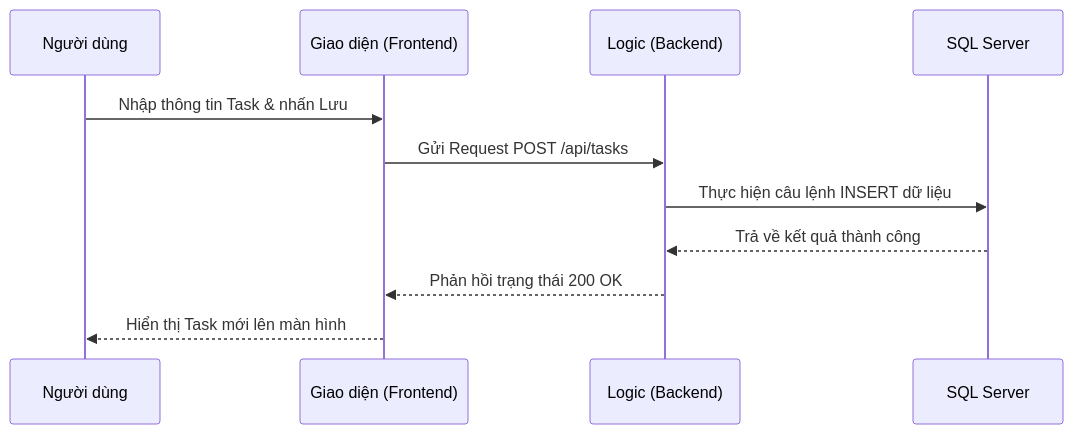
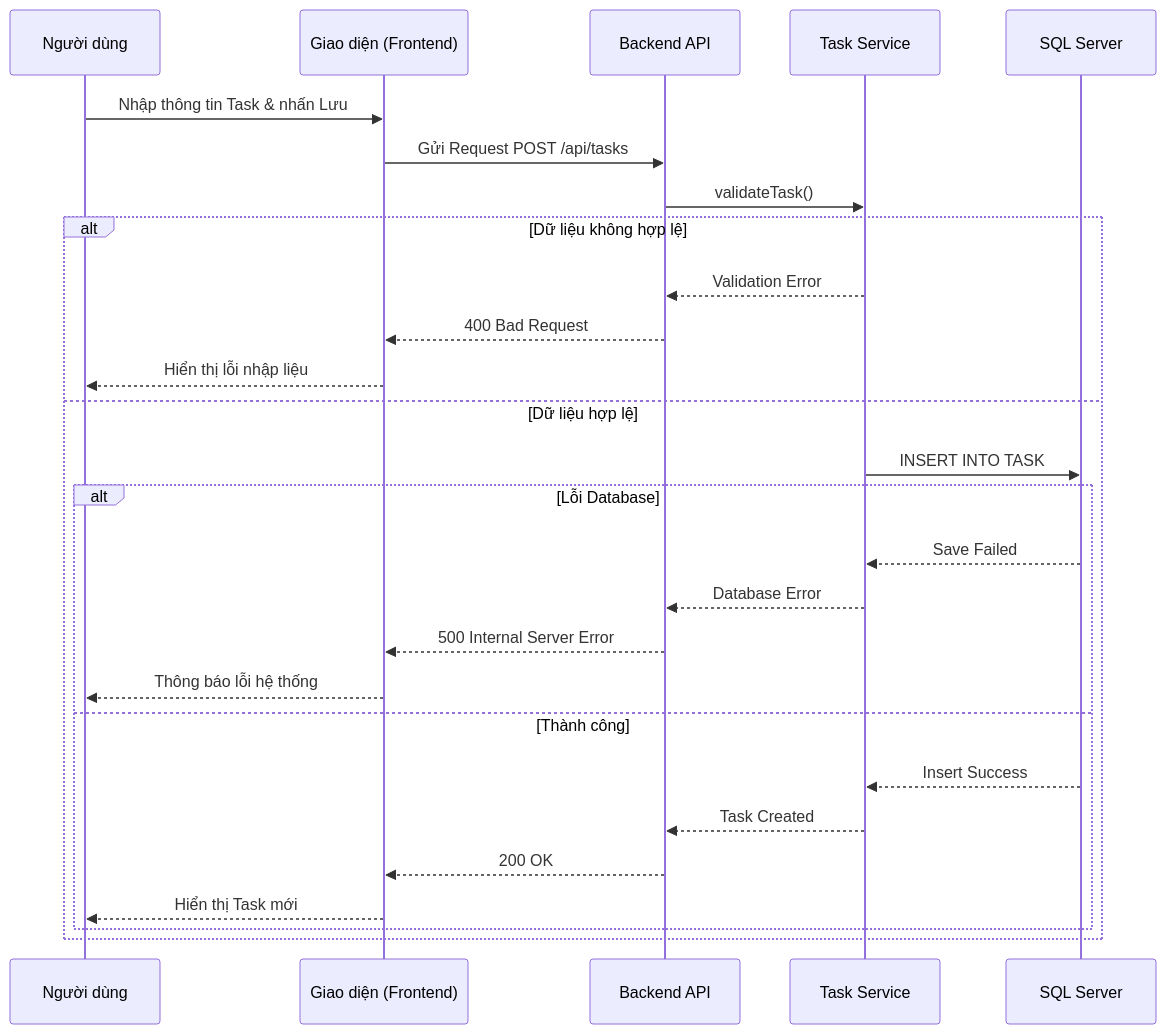
Before and after one commit to anhngocto-prog/He-thong-quan-ly-va-theo-doi-tien-do-cong-viec-ca-nhan: the third of 5 diagrams in ANALYSIS.md, drawn with Mermaid. The commit also changed other lines of this file, not shown here.

````diff
--- a/ANALYSIS.md
+++ b/ANALYSIS.md
@@ -128,14 +213,51 @@
 ```mermaid
 sequenceDiagram
+
     participant User as Người dùng
     participant UI as Giao diện (Frontend)
-    participant API as Logic (Backend)
+    participant API as Backend API
+    participant Service as Task Service
     participant DB as SQL Server
 
     User->>UI: Nhập thông tin Task & nhấn Lưu
+
     UI->>API: Gửi Request POST /api/tasks
-    API->>DB: Thực hiện câu lệnh INSERT dữ liệu
-    DB-->>API: Trả về kết quả thành công
-    API-->>UI: Phản hồi trạng thái 200 OK
-    UI-->>User: Hiển thị Task mới lên màn hình
+
+    API->>Service: validateTask()
+
+    alt Dữ liệu không hợp lệ
+
+        Service-->>API: Validation Error
+
+        API-->>UI: 400 Bad Request
+
+        UI-->>User: Hiển thị lỗi nhập liệu
+
+    else Dữ liệu hợp lệ
+
+        Service->>DB: INSERT INTO TASK
+
+        alt Lỗi Database
+
+            DB-->>Service: Save Failed
+
+            Service-->>API: Database Error
+
+            API-->>UI: 500 Internal Server Error
+
+            UI-->>User: Thông báo lỗi hệ thống
+
+        else Thành công
+
+            DB-->>Service: Insert Success
+
+            Service-->>API: Task Created
+
+            API-->>UI: 200 OK
+
+            UI-->>User: Hiển thị Task mới
+
+        end
+
+    end
 ```
````
